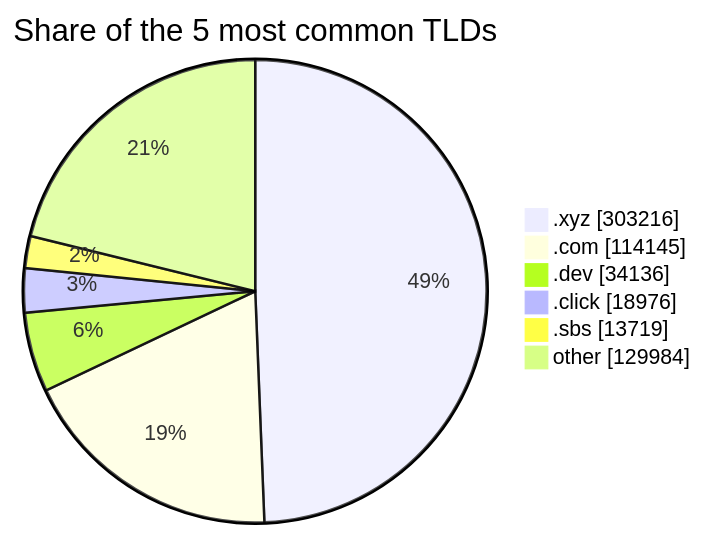
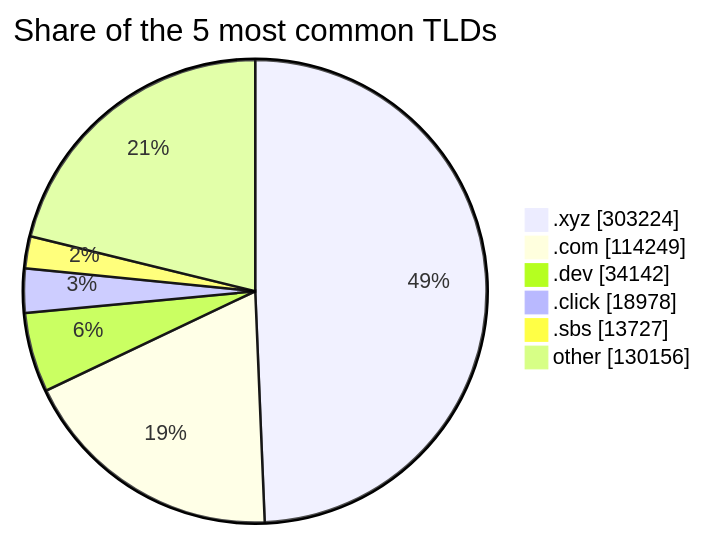
One commit to DNSBunker/CTI changed the third of 3 diagrams in README.md. Above: the diagram before and after it, drawn with Mermaid. The commit also changed other lines of this file and 3 other files, not shown here.

````diff
--- a/README.md
+++ b/README.md
@@ -81,9 +81,9 @@
 ```mermaid
 pie showData title Share of the 5 most common TLDs
-    ".xyz" : 303216
-    ".com" : 114145
-    ".dev" : 34136
-    ".click" : 18976
-    ".sbs" : 13719
-    "other" : 129984
+    ".xyz" : 303224
+    ".com" : 114249
+    ".dev" : 34142
+    ".click" : 18978
+    ".sbs" : 13727
+    "other" : 130156
 ```
````
